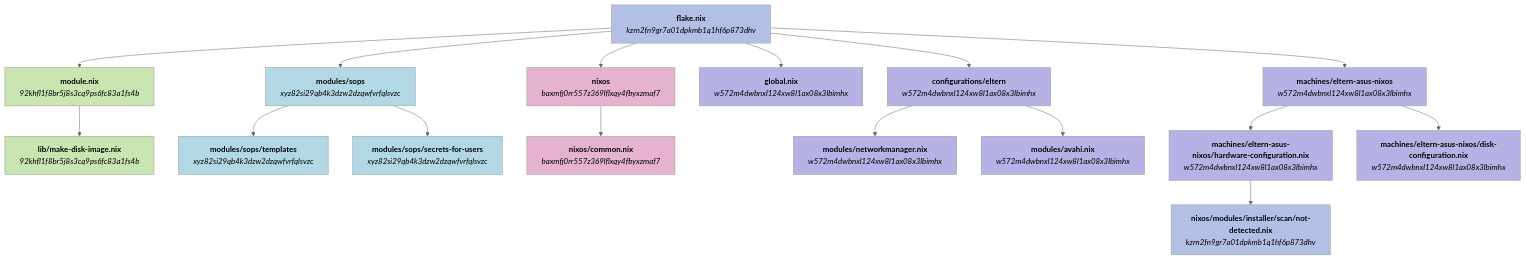
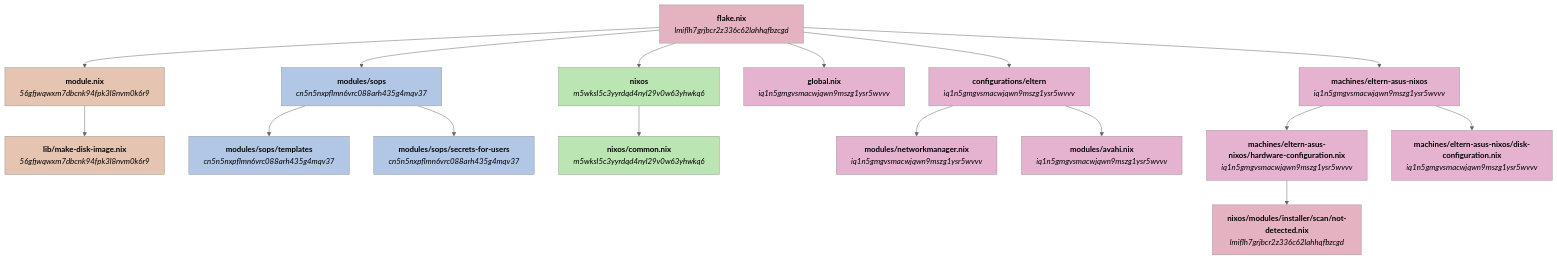
One commit to welles/nixos-config changed the first of 6 diagrams in GRAPHS.md. Above: the diagram before and after it, drawn with Mermaid (neutral theme). The commit also changed other lines of this file, not shown here.

Commit message:
Update configuration graphs file

````diff
--- a/GRAPHS.md
+++ b/GRAPHS.md
@@ -5,82 +5,82 @@
 ```mermaid
 flowchart TD
-    nkzrn2fn9gr7a01dpkmb1q1hf6p873dhv_flake_nix["`**flake.nix**
+    nlmiflh7grjbcr2z336c62lahhqfbzcgd_flake_nix["`**flake.nix**
 
-_kzrn2fn9gr7a01dpkmb1q1hf6p873dhv_`"]
-    n92khfl1f8br5j8s3cq9ps6fc83a1fs4b_module_nix["`**module.nix**
+_lmiflh7grjbcr2z336c62lahhqfbzcgd_`"]
+    n56gfjwqwxm7dbcnk94fpk3l8nvm0k6r9_module_nix["`**module.nix**
 
-_92khfl1f8br5j8s3cq9ps6fc83a1fs4b_`"]
-    n92khfl1f8br5j8s3cq9ps6fc83a1fs4b_lib_make_disk_image_nix["`**lib/make-disk-image.nix**
+_56gfjwqwxm7dbcnk94fpk3l8nvm0k6r9_`"]
+    n56gfjwqwxm7dbcnk94fpk3l8nvm0k6r9_lib_make_disk_image_nix["`**lib/make-disk-image.nix**
 
-_92khfl1f8br5j8s3cq9ps6fc83a1fs4b_`"]
-    nxyz82si29qb4k3dzw2dzqwfvrfqlsvzc_modules_sops["`**modules/sops**
+_56gfjwqwxm7dbcnk94fpk3l8nvm0k6r9_`"]
+    ncn5n5nxpflmn6vrc088arh435g4mqv37_modules_sops["`**modules/sops**
 
-_xyz82si29qb4k3dzw2dzqwfvrfqlsvzc_`"]
-    nxyz82si29qb4k3dzw2dzqwfvrfqlsvzc_modules_sops_templates["`**modules/sops/templates**
+_cn5n5nxpflmn6vrc088arh435g4mqv37_`"]
+    ncn5n5nxpflmn6vrc088arh435g4mqv37_modules_sops_templates["`**modules/sops/templates**
 
-_xyz82si29qb4k3dzw2dzqwfvrfqlsvzc_`"]
-    nxyz82si29qb4k3dzw2dzqwfvrfqlsvzc_modules_sops_secrets_for_users["`**modules/sops/secrets-for-users**
+_cn5n5nxpflmn6vrc088arh435g4mqv37_`"]
+    ncn5n5nxpflmn6vrc088arh435g4mqv37_modules_sops_secrets_for_users["`**modules/sops/secrets-for-users**
 
-_xyz82si29qb4k3dzw2dzqwfvrfqlsvzc_`"]
-    nbaxmfj0rr557z369lflxqy4fbyxzmaf7_nixos["`**nixos**
+_cn5n5nxpflmn6vrc088arh435g4mqv37_`"]
+    nm5wksl5c3yyrdqd4nyl29v0w63yhwkq6_nixos["`**nixos**
 
-_baxmfj0rr557z369lflxqy4fbyxzmaf7_`"]
-    nbaxmfj0rr557z369lflxqy4fbyxzmaf7_nixos_common_nix["`**nixos/common.nix**
+_m5wksl5c3yyrdqd4nyl29v0w63yhwkq6_`"]
+    nm5wksl5c3yyrdqd4nyl29v0w63yhwkq6_nixos_common_nix["`**nixos/common.nix**
 
-_baxmfj0rr557z369lflxqy4fbyxzmaf7_`"]
-    nw572m4dwbnxl124xw8l1ax08x3lbimhx_global_nix["`**global.nix**
+_m5wksl5c3yyrdqd4nyl29v0w63yhwkq6_`"]
+    niq1n5gmgvsmacwjqwn9mszg1ysr5wvvv_global_nix["`**global.nix**
 
-_w572m4dwbnxl124xw8l1ax08x3lbimhx_`"]
-    nw572m4dwbnxl124xw8l1ax08x3lbimhx_configurations_eltern["`**configurations/eltern**
+_iq1n5gmgvsmacwjqwn9mszg1ysr5wvvv_`"]
+    niq1n5gmgvsmacwjqwn9mszg1ysr5wvvv_configurations_eltern["`**configurations/eltern**
 
-_w572m4dwbnxl124xw8l1ax08x3lbimhx_`"]
-    nw572m4dwbnxl124xw8l1ax08x3lbimhx_modules_networkmanager_nix["`**modules/networkmanager.nix**
+_iq1n5gmgvsmacwjqwn9mszg1ysr5wvvv_`"]
+    niq1n5gmgvsmacwjqwn9mszg1ysr5wvvv_modules_networkmanager_nix["`**modules/networkmanager.nix**
 
-_w572m4dwbnxl124xw8l1ax08x3lbimhx_`"]
-    nw572m4dwbnxl124xw8l1ax08x3lbimhx_modules_avahi_nix["`**modules/avahi.nix**
+_iq1n5gmgvsmacwjqwn9mszg1ysr5wvvv_`"]
+    niq1n5gmgvsmacwjqwn9mszg1ysr5wvvv_modules_avahi_nix["`**modules/avahi.nix**
 
-_w572m4dwbnxl124xw8l1ax08x3lbimhx_`"]
-    nw572m4dwbnxl124xw8l1ax08x3lbimhx_machines_eltern_asus_nixos["`**machines/eltern-asus-nixos**
+_iq1n5gmgvsmacwjqwn9mszg1ysr5wvvv_`"]
+    niq1n5gmgvsmacwjqwn9mszg1ysr5wvvv_machines_eltern_asus_nixos["`**machines/eltern-asus-nixos**
 
-_w572m4dwbnxl124xw8l1ax08x3lbimhx_`"]
-    nw572m4dwbnxl124xw8l1ax08x3lbimhx_machines_eltern_asus_nixos_hardware_configuration_nix["`**machines/eltern-asus-nixos/hardware-configuration.nix**
+_iq1n5gmgvsmacwjqwn9mszg1ysr5wvvv_`"]
+    niq1n5gmgvsmacwjqwn9mszg1ysr5wvvv_machines_eltern_asus_nixos_hardware_configuration_nix["`**machines/eltern-asus-nixos/hardware-configuration.nix**
 
-_w572m4dwbnxl124xw8l1ax08x3lbimhx_`"]
-    nkzrn2fn9gr7a01dpkmb1q1hf6p873dhv_nixos_modules_installer_scan_not_detected_nix["`**nixos/modules/installer/scan/not-detected.nix**
+_iq1n5gmgvsmacwjqwn9mszg1ysr5wvvv_`"]
+    nlmiflh7grjbcr2z336c62lahhqfbzcgd_nixos_modules_installer_scan_not_detected_nix["`**nixos/modules/installer/scan/not-detected.nix**
 
-_kzrn2fn9gr7a01dpkmb1q1hf6p873dhv_`"]
-    nw572m4dwbnxl124xw8l1ax08x3lbimhx_machines_eltern_asus_nixos_disk_configuration_nix["`**machines/eltern-asus-nixos/disk-configuration.nix**
+_lmiflh7grjbcr2z336c62lahhqfbzcgd_`"]
+    niq1n5gmgvsmacwjqwn9mszg1ysr5wvvv_machines_eltern_asus_nixos_disk_configuration_nix["`**machines/eltern-asus-nixos/disk-configuration.nix**
 
-_w572m4dwbnxl124xw8l1ax08x3lbimhx_`"]
-    nkzrn2fn9gr7a01dpkmb1q1hf6p873dhv_flake_nix --> n92khfl1f8br5j8s3cq9ps6fc83a1fs4b_module_nix
-    nkzrn2fn9gr7a01dpkmb1q1hf6p873dhv_flake_nix --> nxyz82si29qb4k3dzw2dzqwfvrfqlsvzc_modules_sops
-    nkzrn2fn9gr7a01dpkmb1q1hf6p873dhv_flake_nix --> nbaxmfj0rr557z369lflxqy4fbyxzmaf7_nixos
-    nkzrn2fn9gr7a01dpkmb1q1hf6p873dhv_flake_nix --> nw572m4dwbnxl124xw8l1ax08x3lbimhx_global_nix
-    nkzrn2fn9gr7a01dpkmb1q1hf6p873dhv_flake_nix --> nw572m4dwbnxl124xw8l1ax08x3lbimhx_configurations_eltern
-    nkzrn2fn9gr7a01dpkmb1q1hf6p873dhv_flake_nix --> nw572m4dwbnxl124xw8l1ax08x3lbimhx_machines_eltern_asus_nixos
-    n92khfl1f8br5j8s3cq9ps6fc83a1fs4b_module_nix --> n92khfl1f8br5j8s3cq9ps6fc83a1fs4b_lib_make_disk_image_nix
-    nxyz82si29qb4k3dzw2dzqwfvrfqlsvzc_modules_sops --> nxyz82si29qb4k3dzw2dzqwfvrfqlsvzc_modules_sops_templates
-    nxyz82si29qb4k3dzw2dzqwfvrfqlsvzc_modules_sops --> nxyz82si29qb4k3dzw2dzqwfvrfqlsvzc_modules_sops_secrets_for_users
-    nbaxmfj0rr557z369lflxqy4fbyxzmaf7_nixos --> nbaxmfj0rr557z369lflxqy4fbyxzmaf7_nixos_common_nix
-    nw572m4dwbnxl124xw8l1ax08x3lbimhx_configurations_eltern --> nw572m4dwbnxl124xw8l1ax08x3lbimhx_modules_networkmanager_nix
-    nw572m4dwbnxl124xw8l1ax08x3lbimhx_configurations_eltern --> nw572m4dwbnxl124xw8l1ax08x3lbimhx_modules_avahi_nix
-    nw572m4dwbnxl124xw8l1ax08x3lbimhx_machines_eltern_asus_nixos --> nw572m4dwbnxl124xw8l1ax08x3lbimhx_machines_eltern_asus_nixos_hardware_configuration_nix
-    nw572m4dwbnxl124xw8l1ax08x3lbimhx_machines_eltern_asus_nixos --> nw572m4dwbnxl124xw8l1ax08x3lbimhx_machines_eltern_asus_nixos_disk_configuration_nix
-    nw572m4dwbnxl124xw8l1ax08x3lbimhx_machines_eltern_asus_nixos_hardware_configuration_nix --> nkzrn2fn9gr7a01dpkmb1q1hf6p873dhv_nixos_modules_installer_scan_not_detected_nix
-    style nkzrn2fn9gr7a01dpkmb1q1hf6p873dhv_flake_nix fill:#b2c0e5,color:#000000
-    style n92khfl1f8br5j8s3cq9ps6fc83a1fs4b_module_nix fill:#c8e5b2,color:#000000
-    style n92khfl1f8br5j8s3cq9ps6fc83a1fs4b_lib_make_disk_image_nix fill:#c8e5b2,color:#000000
-    style nxyz82si29qb4k3dzw2dzqwfvrfqlsvzc_modules_sops fill:#b2d7e5,color:#000000
-    style nxyz82si29qb4k3dzw2dzqwfvrfqlsvzc_modules_sops_templates fill:#b2d7e5,color:#000000
-    style nxyz82si29qb4k3dzw2dzqwfvrfqlsvzc_modules_sops_secrets_for_users fill:#b2d7e5,color:#000000
-    style nbaxmfj0rr557z369lflxqy4fbyxzmaf7_nixos fill:#e5b2d0,color:#000000
-    style nbaxmfj0rr557z369lflxqy4fbyxzmaf7_nixos_common_nix fill:#e5b2d0,color:#000000
-    style nw572m4dwbnxl124xw8l1ax08x3lbimhx_global_nix fill:#b6b2e5,color:#000000
-    style nw572m4dwbnxl124xw8l1ax08x3lbimhx_configurations_eltern fill:#b6b2e5,color:#000000
-    style nw572m4dwbnxl124xw8l1ax08x3lbimhx_modules_networkmanager_nix fill:#b6b2e5,color:#000000
-    style nw572m4dwbnxl124xw8l1ax08x3lbimhx_modules_avahi_nix fill:#b6b2e5,color:#000000
-    style nw572m4dwbnxl124xw8l1ax08x3lbimhx_machines_eltern_asus_nixos fill:#b6b2e5,color:#000000
-    style nw572m4dwbnxl124xw8l1ax08x3lbimhx_machines_eltern_asus_nixos_hardware_configuration_nix fill:#b6b2e5,color:#000000
-    style nkzrn2fn9gr7a01dpkmb1q1hf6p873dhv_nixos_modules_installer_scan_not_detected_nix fill:#b2c0e5,color:#000000
-    style nw572m4dwbnxl124xw8l1ax08x3lbimhx_machines_eltern_asus_nixos_disk_configuration_nix fill:#b6b2e5,color:#000000
+_iq1n5gmgvsmacwjqwn9mszg1ysr5wvvv_`"]
+    nlmiflh7grjbcr2z336c62lahhqfbzcgd_flake_nix --> n56gfjwqwxm7dbcnk94fpk3l8nvm0k6r9_module_nix
+    nlmiflh7grjbcr2z336c62lahhqfbzcgd_flake_nix --> ncn5n5nxpflmn6vrc088arh435g4mqv37_modules_sops
+    nlmiflh7grjbcr2z336c62lahhqfbzcgd_flake_nix --> nm5wksl5c3yyrdqd4nyl29v0w63yhwkq6_nixos
+    nlmiflh7grjbcr2z336c62lahhqfbzcgd_flake_nix --> niq1n5gmgvsmacwjqwn9mszg1ysr5wvvv_global_nix
+    nlmiflh7grjbcr2z336c62lahhqfbzcgd_flake_nix --> niq1n5gmgvsmacwjqwn9mszg1ysr5wvvv_configurations_eltern
+    nlmiflh7grjbcr2z336c62lahhqfbzcgd_flake_nix --> niq1n5gmgvsmacwjqwn9mszg1ysr5wvvv_machines_eltern_asus_nixos
+    n56gfjwqwxm7dbcnk94fpk3l8nvm0k6r9_module_nix --> n56gfjwqwxm7dbcnk94fpk3l8nvm0k6r9_lib_make_disk_image_nix
+    ncn5n5nxpflmn6vrc088arh435g4mqv37_modules_sops --> ncn5n5nxpflmn6vrc088arh435g4mqv37_modules_sops_templates
+    ncn5n5nxpflmn6vrc088arh435g4mqv37_modules_sops --> ncn5n5nxpflmn6vrc088arh435g4mqv37_modules_sops_secrets_for_users
+    nm5wksl5c3yyrdqd4nyl29v0w63yhwkq6_nixos --> nm5wksl5c3yyrdqd4nyl29v0w63yhwkq6_nixos_common_nix
+    niq1n5gmgvsmacwjqwn9mszg1ysr5wvvv_configurations_eltern --> niq1n5gmgvsmacwjqwn9mszg1ysr5wvvv_modules_networkmanager_nix
+    niq1n5gmgvsmacwjqwn9mszg1ysr5wvvv_configurations_eltern --> niq1n5gmgvsmacwjqwn9mszg1ysr5wvvv_modules_avahi_nix
+    niq1n5gmgvsmacwjqwn9mszg1ysr5wvvv_machines_eltern_asus_nixos --> niq1n5gmgvsmacwjqwn9mszg1ysr5wvvv_machines_eltern_asus_nixos_hardware_configuration_nix
+    niq1n5gmgvsmacwjqwn9mszg1ysr5wvvv_machines_eltern_asus_nixos --> niq1n5gmgvsmacwjqwn9mszg1ysr5wvvv_machines_eltern_asus_nixos_disk_configuration_nix
+    niq1n5gmgvsmacwjqwn9mszg1ysr5wvvv_machines_eltern_asus_nixos_hardware_configuration_nix --> nlmiflh7grjbcr2z336c62lahhqfbzcgd_nixos_modules_installer_scan_not_detected_nix
+    style nlmiflh7grjbcr2z336c62lahhqfbzcgd_flake_nix fill:#e5b2c2,color:#000000
+    style n56gfjwqwxm7dbcnk94fpk3l8nvm0k6r9_module_nix fill:#e5c4b2,color:#000000
+    style n56gfjwqwxm7dbcnk94fpk3l8nvm0k6r9_lib_make_disk_image_nix fill:#e5c4b2,color:#000000
+    style ncn5n5nxpflmn6vrc088arh435g4mqv37_modules_sops fill:#b2c6e5,color:#000000
+    style ncn5n5nxpflmn6vrc088arh435g4mqv37_modules_sops_templates fill:#b2c6e5,color:#000000
+    style ncn5n5nxpflmn6vrc088arh435g4mqv37_modules_sops_secrets_for_users fill:#b2c6e5,color:#000000
+    style nm5wksl5c3yyrdqd4nyl29v0w63yhwkq6_nixos fill:#bbe5b2,color:#000000
+    style nm5wksl5c3yyrdqd4nyl29v0w63yhwkq6_nixos_common_nix fill:#bbe5b2,color:#000000
+    style niq1n5gmgvsmacwjqwn9mszg1ysr5wvvv_global_nix fill:#e5b2d0,color:#000000
+    style niq1n5gmgvsmacwjqwn9mszg1ysr5wvvv_configurations_eltern fill:#e5b2d0,color:#000000
+    style niq1n5gmgvsmacwjqwn9mszg1ysr5wvvv_modules_networkmanager_nix fill:#e5b2d0,color:#000000
+    style niq1n5gmgvsmacwjqwn9mszg1ysr5wvvv_modules_avahi_nix fill:#e5b2d0,color:#000000
+    style niq1n5gmgvsmacwjqwn9mszg1ysr5wvvv_machines_eltern_asus_nixos fill:#e5b2d0,color:#000000
+    style niq1n5gmgvsmacwjqwn9mszg1ysr5wvvv_machines_eltern_asus_nixos_hardware_configuration_nix fill:#e5b2d0,color:#000000
+    style nlmiflh7grjbcr2z336c62lahhqfbzcgd_nixos_modules_installer_scan_not_detected_nix fill:#e5b2c2,color:#000000
+    style niq1n5gmgvsmacwjqwn9mszg1ysr5wvvv_machines_eltern_asus_nixos_disk_configuration_nix fill:#e5b2d0,color:#000000
 ```
````
